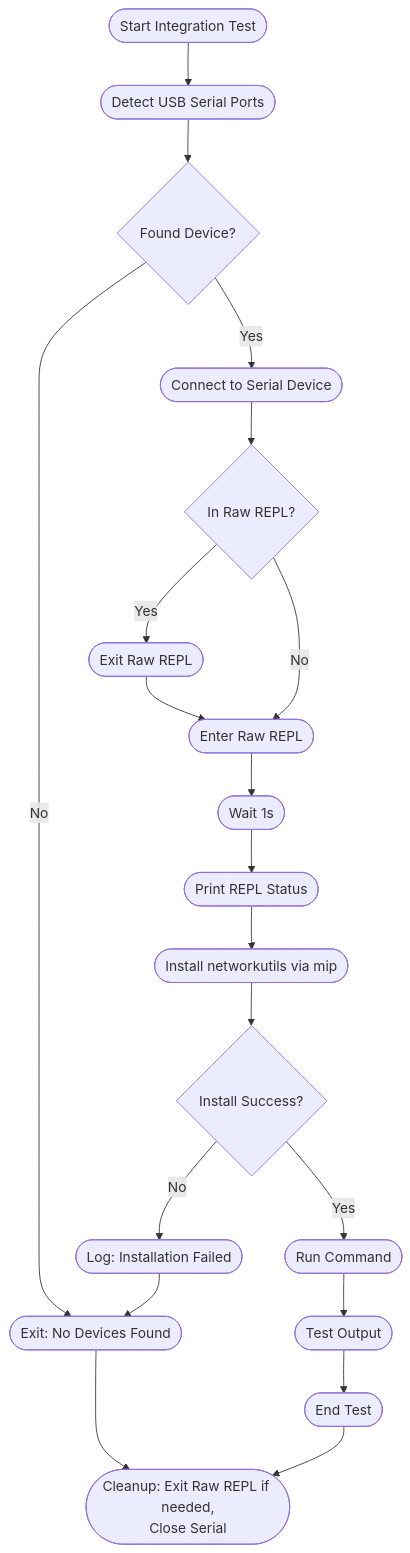
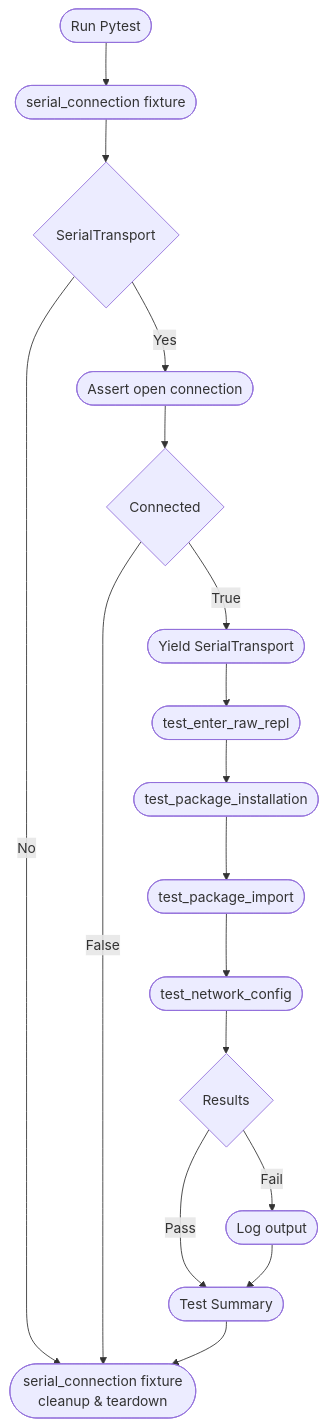
Before and after one commit to andyrids/micropython-networkutils: the diagram in TESTING.md, drawn with Mermaid. The commit also changed other lines of this file and 1 other file, not shown here.

Commit message:
tests: add integration tests and documentation.

````diff
--- a/TESTING.md
+++ b/TESTING.md
@@ -55,40 +57,34 @@
 ```mermaid
 flowchart TD
-    A([Start Integration Test])
-    B([Detect USB Serial Ports])
-    C{Found Device?}
-    D([Connect to Serial Device])
-    E{In Raw REPL?}
-    F([Exit Raw REPL])
-    G([Enter Raw REPL])
-    H([Wait 1s])
-    I([Print REPL Status])
-    J([Install networkutils via mip])
-    K{Install Success?}
-    Y([Log: Installation Failed])
-    L([Run Command])
-    M([Test Output])
-    N([End Test])
-    O([Exit: No Devices Found])
-    P([Cleanup: Exit Raw REPL if needed,<br/>Close Serial])
+    A([Run Pytest])
+    B([serial_connection fixture])
+    C{SerialTransport}
+    D([Assert open connection])
+    E{Connected}
+    F([Yield SerialTransport])
+    G([test_enter_raw_repl])
+    H([test_package_installation])
+    I([test_package_import])
+    J([test_network_config])
+    K{Results}
+    L([Log output])
+    M([Test Summary])
+    N([serial_connection fixture<br/>cleanup & teardown])
 
     A --> B
     B --> C
-    C -- No --> O
+    C -- No --> N
     C -- Yes --> D
     D --> E
-    E -- Yes --> F
-    E -- No --> G
+    E -- True --> F
+    E -- False --> N
     F --> G
     G --> H
     H --> I
     I --> J
     J --> K
-    K -- No --> Y
-    K -- Yes --> L
-    Y --> O
+    K -- Fail --> L
+    K -- Pass --> M
     L --> M
     M --> N
-    N --> P
-    O --> P
 ```
````
